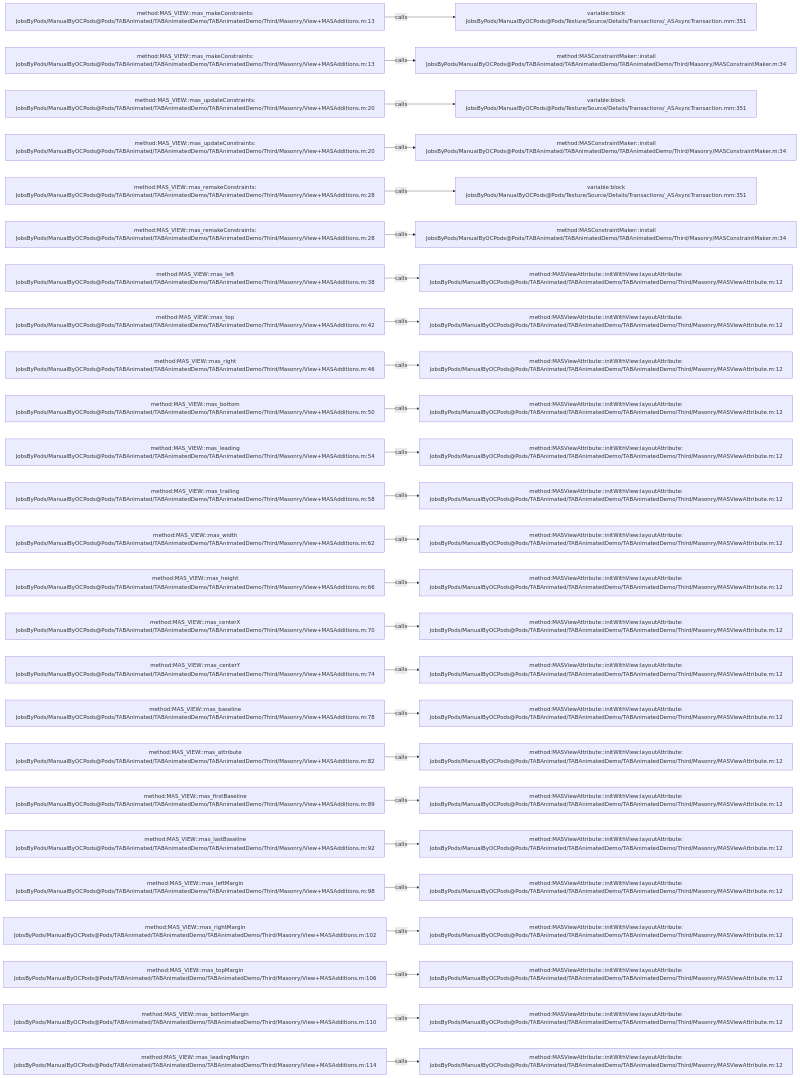
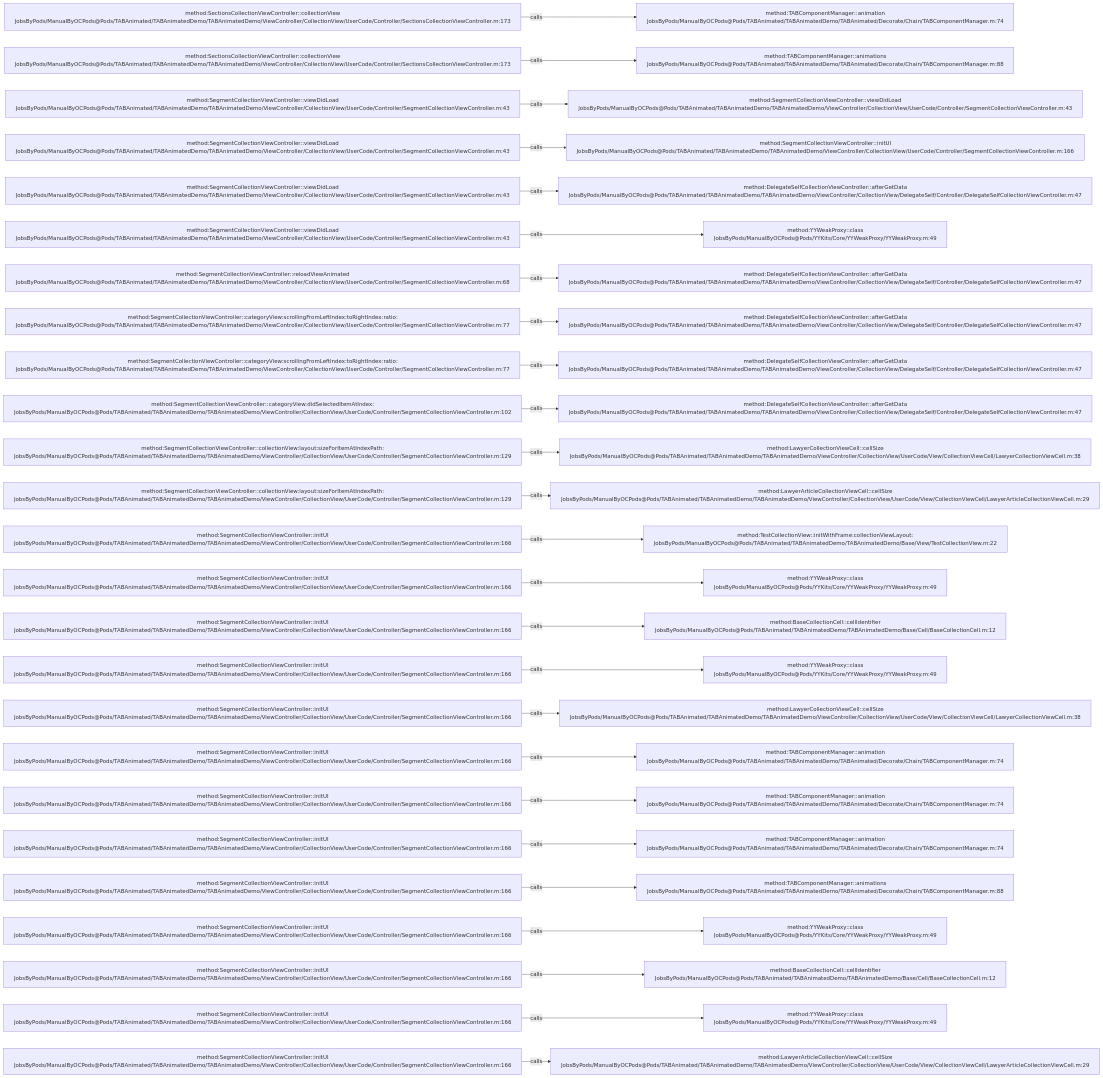
Before and after one commit to JobsKits/JobsOCBaseConfigDemo: the diagram in .codegraph/codegraph.md/graphs/calls-038.md, drawn with Mermaid. The commit also changed 2723 other files, not shown here.

````diff
--- a/.codegraph/codegraph.md/graphs/calls-038.md
+++ b/.codegraph/codegraph.md/graphs/calls-038.md
@@ -13,78 +13,78 @@
 ```mermaid
 flowchart LR
-  S1["method:MAS_VIEW::mas_makeConstraints:<br/>JobsByPods/ManualByOCPods@Pods/TABAnimated/TABAnimatedDemo/TABAnimatedDemo/Third/Masonry/View+MASAdditions.m:13"]
-  T1["variable:block<br/>JobsByPods/ManualByOCPods@Pods/Texture/Source/Details/Transactions/_ASAsyncTransaction.mm:351"]
+  S1["method:SectionsCollectionViewController::collectionView<br/>JobsByPods/ManualByOCPods@Pods/TABAnimated/TABAnimatedDemo/TABAnimatedDemo/ViewController/CollectionView/UserCode/Controller/SectionsCollectionViewController.m:173"]
+  T1["method:TABComponentManager::animation<br/>JobsByPods/ManualByOCPods@Pods/TABAnimated/TABAnimatedDemo/TABAnimated/Decorate/Chain/TABComponentManager.m:74"]
   S1 -->|calls| T1
-  S2["method:MAS_VIEW::mas_makeConstraints:<br/>JobsByPods/ManualByOCPods@Pods/TABAnimated/TABAnimatedDemo/TABAnimatedDemo/Third/Masonry/View+MASAdditions.m:13"]
-  T2["method:MASConstraintMaker::install<br/>JobsByPods/ManualByOCPods@Pods/TABAnimated/TABAnimatedDemo/TABAnimatedDemo/Third/Masonry/MASConstraintMaker.m:34"]
+  S2["method:SectionsCollectionViewController::collectionView<br/>JobsByPods/ManualByOCPods@Pods/TABAnimated/TABAnimatedDemo/TABAnimatedDemo/ViewController/CollectionView/UserCode/Controller/SectionsCollectionViewController.m:173"]
+  T2["method:TABComponentManager::animations<br/>JobsByPods/ManualByOCPods@Pods/TABAnimated/TABAnimatedDemo/TABAnimated/Decorate/Chain/TABComponentManager.m:88"]
   S2 -->|calls| T2
-  S3["method:MAS_VIEW::mas_updateConstraints:<br/>JobsByPods/ManualByOCPods@Pods/TABAnimated/TABAnimatedDemo/TABAnimatedDemo/Third/Masonry/View+MASAdditions.m:20"]
-  T3["variable:block<br/>JobsByPods/ManualByOCPods@Pods/Texture/Source/Details/Transactions/_ASAsyncTransaction.mm:351"]
+  S3["method:SegmentCollectionViewController::viewDidLoad<br/>JobsByPods/ManualByOCPods@Pods/TABAnimated/TABAnimatedDemo/TABAnimatedDemo/ViewController/CollectionView/UserCode/Controller/SegmentCollectionViewController.m:43"]
+  T3["method:SegmentCollectionViewController::viewDidLoad<br/>JobsByPods/ManualByOCPods@Pods/TABAnimated/TABAnimatedDemo/TABAnimatedDemo/ViewController/CollectionView/UserCode/Controller/SegmentCollectionViewController.m:43"]
   S3 -->|calls| T3
-  S4["method:MAS_VIEW::mas_updateConstraints:<br/>JobsByPods/ManualByOCPods@Pods/TABAnimated/TABAnimatedDemo/TABAnimatedDemo/Third/Masonry/View+MASAdditions.m:20"]
-  T4["method:MASConstraintMaker::install<br/>JobsByPods/ManualByOCPods@Pods/TABAnimated/TABAnimatedDemo/TABAnimatedDemo/Third/Masonry/MASConstraintMaker.m:34"]
+  S4["method:SegmentCollectionViewController::viewDidLoad<br/>JobsByPods/ManualByOCPods@Pods/TABAnimated/TABAnimatedDemo/TABAnimatedDemo/ViewController/CollectionView/UserCode/Controller/SegmentCollectionViewController.m:43"]
+  T4["method:SegmentCollectionViewController::initUI<br/>JobsByPods/ManualByOCPods@Pods/TABAnimated/TABAnimatedDemo/TABAnimatedDemo/ViewController/CollectionView/UserCode/Controller/SegmentCollectionViewController.m:166"]
   S4 -->|calls| T4
-  S5["method:MAS_VIEW::mas_remakeConstraints:<br/>JobsByPods/ManualByOCPods@Pods/TABAnimated/TABAnimatedDemo/TABAnimatedDemo/Third/Masonry/View+MASAdditions.m:28"]
-  T5["variable:block<br/>JobsByPods/ManualByOCPods@Pods/Texture/Source/Details/Transactions/_ASAsyncTransaction.mm:351"]
+  S5["method:SegmentCollectionViewController::viewDidLoad<br/>JobsByPods/ManualByOCPods@Pods/TABAnimated/TABAnimatedDemo/TABAnimatedDemo/ViewController/CollectionView/UserCode/Controller/SegmentCollectionViewController.m:43"]
+  T5["method:DelegateSelfCollectionViewController::afterGetData<br/>JobsByPods/ManualByOCPods@Pods/TABAnimated/TABAnimatedDemo/TABAnimatedDemo/ViewController/CollectionView/DelegateSelf/Controller/DelegateSelfCollectionViewController.m:47"]
   S5 -->|calls| T5
-  S6["method:MAS_VIEW::mas_remakeConstraints:<br/>JobsByPods/ManualByOCPods@Pods/TABAnimated/TABAnimatedDemo/TABAnimatedDemo/Third/Masonry/View+MASAdditions.m:28"]
-  T6["method:MASConstraintMaker::install<br/>JobsByPods/ManualByOCPods@Pods/TABAnimated/TABAnimatedDemo/TABAnimatedDemo/Third/Masonry/MASConstraintMaker.m:34"]
+  S6["method:SegmentCollectionViewController::viewDidLoad<br/>JobsByPods/ManualByOCPods@Pods/TABAnimated/TABAnimatedDemo/TABAnimatedDemo/ViewController/CollectionView/UserCode/Controller/SegmentCollectionViewController.m:43"]
+  T6["method:YYWeakProxy::class<br/>JobsByPods/ManualByOCPods@Pods/YYKits/Core/YYWeakProxy/YYWeakProxy.m:49"]
   S6 -->|calls| T6
-  S7["method:MAS_VIEW::mas_left<br/>JobsByPods/ManualByOCPods@Pods/TABAnimated/TABAnimatedDemo/TABAnimatedDemo/Third/Masonry/View+MASAdditions.m:38"]
-  T7["method:MASViewAttribute::initWithView:layoutAttribute:<br/>JobsByPods/ManualByOCPods@Pods/TABAnimated/TABAnimatedDemo/TABAnimatedDemo/Third/Masonry/MASViewAttribute.m:12"]
+  S7["method:SegmentCollectionViewController::reloadViewAnimated<br/>JobsByPods/ManualByOCPods@Pods/TABAnimated/TABAnimatedDemo/TABAnimatedDemo/ViewController/CollectionView/UserCode/Controller/SegmentCollectionViewController.m:68"]
+  T7["method:DelegateSelfCollectionViewController::afterGetData<br/>JobsByPods/ManualByOCPods@Pods/TABAnimated/TABAnimatedDemo/TABAnimatedDemo/ViewController/CollectionView/DelegateSelf/Controller/DelegateSelfCollectionViewController.m:47"]
   S7 -->|calls| T7
-  S8["method:MAS_VIEW::mas_top<br/>JobsByPods/ManualByOCPods@Pods/TABAnimated/TABAnimatedDemo/TABAnimatedDemo/Third/Masonry/View+MASAdditions.m:42"]
-  T8["method:MASViewAttribute::initWithView:layoutAttribute:<br/>JobsByPods/ManualByOCPods@Pods/TABAnimated/TABAnimatedDemo/TABAnimatedDemo/Third/Masonry/MASViewAttribute.m:12"]
+  S8["method:SegmentCollectionViewController::categoryView:scrollingFromLeftIndex:toRightIndex:ratio:<br/>JobsByPods/ManualByOCPods@Pods/TABAnimated/TABAnimatedDemo/TABAnimatedDemo/ViewController/CollectionView/UserCode/Controller/SegmentCollectionViewController.m:77"]
+  T8["method:DelegateSelfCollectionViewController::afterGetData<br/>JobsByPods/ManualByOCPods@Pods/TABAnimated/TABAnimatedDemo/TABAnimatedDemo/ViewController/CollectionView/DelegateSelf/Controller/DelegateSelfCollectionViewController.m:47"]
   S8 -->|calls| T8
-  S9["method:MAS_VIEW::mas_right<br/>JobsByPods/ManualByOCPods@Pods/TABAnimated/TABAnimatedDemo/TABAnimatedDemo/Third/Masonry/View+MASAdditions.m:46"]
-  T9["method:MASViewAttribute::initWithView:layoutAttribute:<br/>JobsByPods/ManualByOCPods@Pods/TABAnimated/TABAnimatedDemo/TABAnimatedDemo/Third/Masonry/MASViewAttribute.m:12"]
+  S9["method:SegmentCollectionViewController::categoryView:scrollingFromLeftIndex:toRightIndex:ratio:<br/>JobsByPods/ManualByOCPods@Pods/TABAnimated/TABAnimatedDemo/TABAnimatedDemo/ViewController/CollectionView/UserCode/Controller/SegmentCollectionViewController.m:77"]
+  T9["method:DelegateSelfCollectionViewController::afterGetData<br/>JobsByPods/ManualByOCPods@Pods/TABAnimated/TABAnimatedDemo/TABAnimatedDemo/ViewController/CollectionView/DelegateSelf/Controller/DelegateSelfCollectionViewController.m:47"]
   S9 -->|calls| T9
-  S10["method:MAS_VIEW::mas_bottom<br/>JobsByPods/ManualByOCPods@Pods/TABAnimated/TABAnimatedDemo/TABAnimatedDemo/Third/Masonry/View+MASAdditions.m:50"]
-  T10["method:MASViewAttribute::initWithView:layoutAttribute:<br/>JobsByPods/ManualByOCPods@Pods/TABAnimated/TABAnimatedDemo/TABAnimatedDemo/Third/Masonry/MASViewAttribute.m:12"]
+  S10["method:SegmentCollectionViewController::categoryView:didSelectedItemAtIndex:<br/>JobsByPods/ManualByOCPods@Pods/TABAnimated/TABAnimatedDemo/TABAnimatedDemo/ViewController/CollectionView/UserCode/Controller/SegmentCollectionViewController.m:102"]
+  T10["method:DelegateSelfCollectionViewController::afterGetData<br/>JobsByPods/ManualByOCPods@Pods/TABAnimated/TABAnimatedDemo/TABAnimatedDemo/ViewController/CollectionView/DelegateSelf/Controller/DelegateSelfCollectionViewController.m:47"]
   S10 -->|calls| T10
-  S11["method:MAS_VIEW::mas_leading<br/>JobsByPods/ManualByOCPods@Pods/TABAnimated/TABAnimatedDemo/TABAnimatedDemo/Third/Masonry/View+MASAdditions.m:54"]
-  T11["method:MASViewAttribute::initWithView:layoutAttribute:<br/>JobsByPods/ManualByOCPods@Pods/TABAnimated/TABAnimatedDemo/TABAnimatedDemo/Third/Masonry/MASViewAttribute.m:12"]
+  S11["method:SegmentCollectionViewController::collectionView:layout:sizeForItemAtIndexPath:<br/>JobsByPods/ManualByOCPods@Pods/TABAnimated/TABAnimatedDemo/TABAnimatedDemo/ViewController/CollectionView/UserCode/Controller/SegmentCollectionViewController.m:129"]
+  T11["method:LawyerCollectionViewCell::cellSize<br/>JobsByPods/ManualByOCPods@Pods/TABAnimated/TABAnimatedDemo/TABAnimatedDemo/ViewController/CollectionView/UserCode/View/CollectionViewCell/LawyerCollectionViewCell.m:38"]
   S11 -->|calls| T11
-  S12["method:MAS_VIEW::mas_trailing<br/>JobsByPods/ManualByOCPods@Pods/TABAnimated/TABAnimatedDemo/TABAnimatedDemo/Third/Masonry/View+MASAdditions.m:58"]
-  T12["method:MASViewAttribute::initWithView:layoutAttribute:<br/>JobsByPods/ManualByOCPods@Pods/TABAnimated/TABAnimatedDemo/TABAnimatedDemo/Third/Masonry/MASViewAttribute.m:12"]
+  S12["method:SegmentCollectionViewController::collectionView:layout:sizeForItemAtIndexPath:<br/>JobsByPods/ManualByOCPods@Pods/TABAnimated/TABAnimatedDemo/TABAnimatedDemo/ViewController/CollectionView/UserCode/Controller/SegmentCollectionViewController.m:129"]
+  T12["method:LawyerArticleCollectionViewCell::cellSize<br/>JobsByPods/ManualByOCPods@Pods/TABAnimated/TABAnimatedDemo/TABAnimatedDemo/ViewController/CollectionView/UserCode/View/CollectionViewCell/LawyerArticleCollectionViewCell.m:29"]
   S12 -->|calls| T12
-  S13["method:MAS_VIEW::mas_width<br/>JobsByPods/ManualByOCPods@Pods/TABAnimated/TABAnimatedDemo/TABAnimatedDemo/Third/Masonry/View+MASAdditions.m:62"]
-  T13["method:MASViewAttribute::initWithView:layoutAttribute:<br/>JobsByPods/ManualByOCPods@Pods/TABAnimated/TABAnimatedDemo/TABAnimatedDemo/Third/Masonry/MASViewAttribute.m:12"]
+  S13["method:SegmentCollectionViewController::initUI<br/>JobsByPods/ManualByOCPods@Pods/TABAnimated/TABAnimatedDemo/TABAnimatedDemo/ViewController/CollectionView/UserCode/Controller/SegmentCollectionViewController.m:166"]
+  T13["method:TestCollectionView::initWithFrame:collectionViewLayout:<br/>JobsByPods/ManualByOCPods@Pods/TABAnimated/TABAnimatedDemo/TABAnimatedDemo/Base/View/TestCollectionView.m:22"]
   S13 -->|calls| T13
-  S14["method:MAS_VIEW::mas_height<br/>JobsByPods/ManualByOCPods@Pods/TABAnimated/TABAnimatedDemo/TABAnimatedDemo/Third/Masonry/View+MASAdditions.m:66"]
-  T14["method:MASViewAttribute::initWithView:layoutAttribute:<br/>JobsByPods/ManualByOCPods@Pods/TABAnimated/TABAnimatedDemo/TABAnimatedDemo/Third/Masonry/MASViewAttribute.m:12"]
+  S14["method:SegmentCollectionViewController::initUI<br/>JobsByPods/ManualByOCPods@Pods/TABAnimated/TABAnimatedDemo/TABAnimatedDemo/ViewController/CollectionView/UserCode/Controller/SegmentCollectionViewController.m:166"]
+  T14["method:YYWeakProxy::class<br/>JobsByPods/ManualByOCPods@Pods/YYKits/Core/YYWeakProxy/YYWeakProxy.m:49"]
   S14 -->|calls| T14
-  S15["method:MAS_VIEW::mas_centerX<br/>JobsByPods/ManualByOCPods@Pods/TABAnimated/TABAnimatedDemo/TABAnimatedDemo/Third/Masonry/View+MASAdditions.m:70"]
-  T15["method:MASViewAttribute::initWithView:layoutAttribute:<br/>JobsByPods/ManualByOCPods@Pods/TABAnimated/TABAnimatedDemo/TABAnimatedDemo/Third/Masonry/MASViewAttribute.m:12"]
+  S15["method:SegmentCollectionViewController::initUI<br/>JobsByPods/ManualByOCPods@Pods/TABAnimated/TABAnimatedDemo/TABAnimatedDemo/ViewController/CollectionView/UserCode/Controller/SegmentCollectionViewController.m:166"]
+  T15["method:BaseCollectionCell::cellIdentifier<br/>JobsByPods/ManualByOCPods@Pods/TABAnimated/TABAnimatedDemo/TABAnimatedDemo/Base/Cell/BaseCollectionCell.m:12"]
   S15 -->|calls| T15
-  S16["method:MAS_VIEW::mas_centerY<br/>JobsByPods/ManualByOCPods@Pods/TABAnimated/TABAnimatedDemo/TABAnimatedDemo/Third/Masonry/View+MASAdditions.m:74"]
-  T16["method:MASViewAttribute::initWithView:layoutAttribute:<br/>JobsByPods/ManualByOCPods@Pods/TABAnimated/TABAnimatedDemo/TABAnimatedDemo/Third/Masonry/MASViewAttribute.m:12"]
+  S16["method:SegmentCollectionViewController::initUI<br/>JobsByPods/ManualByOCPods@Pods/TABAnimated/TABAnimatedDemo/TABAnimatedDemo/ViewController/CollectionView/UserCode/Controller/SegmentCollectionViewController.m:166"]
+  T16["method:YYWeakProxy::class<br/>JobsByPods/ManualByOCPods@Pods/YYKits/Core/YYWeakProxy/YYWeakProxy.m:49"]
   S16 -->|calls| T16
-  S17["method:MAS_VIEW::mas_baseline<br/>JobsByPods/ManualByOCPods@Pods/TABAnimated/TABAnimatedDemo/TABAnimatedDemo/Third/Masonry/View+MASAdditions.m:78"]
-  T17["method:MASViewAttribute::initWithView:layoutAttribute:<br/>JobsByPods/ManualByOCPods@Pods/TABAnimated/TABAnimatedDemo/TABAnimatedDemo/Third/Masonry/MASViewAttribute.m:12"]
+  S17["method:SegmentCollectionViewController::initUI<br/>JobsByPods/ManualByOCPods@Pods/TABAnimated/TABAnimatedDemo/TABAnimatedDemo/ViewController/CollectionView/UserCode/Controller/SegmentCollectionViewController.m:166"]
+  T17["method:LawyerCollectionViewCell::cellSize<br/>JobsByPods/ManualByOCPods@Pods/TABAnimated/TABAnimatedDemo/TABAnimatedDemo/ViewController/CollectionView/UserCode/View/CollectionViewCell/LawyerCollectionViewCell.m:38"]
   S17 -->|calls| T17
-  S18["method:MAS_VIEW::mas_attribute<br/>JobsByPods/ManualByOCPods@Pods/TABAnimated/TABAnimatedDemo/TABAnimatedDemo/Third/Masonry/View+MASAdditions.m:82"]
-  T18["method:MASViewAttribute::initWithView:layoutAttribute:<br/>JobsByPods/ManualByOCPods@Pods/TABAnimated/TABAnimatedDemo/TABAnimatedDemo/Third/Masonry/MASViewAttribute.m:12"]
+  S18["method:SegmentCollectionViewController::initUI<br/>JobsByPods/ManualByOCPods@Pods/TABAnimated/TABAnimatedDemo/TABAnimatedDemo/ViewController/CollectionView/UserCode/Controller/SegmentCollectionViewController.m:166"]
+  T18["method:TABComponentManager::animation<br/>JobsByPods/ManualByOCPods@Pods/TABAnimated/TABAnimatedDemo/TABAnimated/Decorate/Chain/TABComponentManager.m:74"]
   S18 -->|calls| T18
-  S19["method:MAS_VIEW::mas_firstBaseline<br/>JobsByPods/ManualByOCPods@Pods/TABAnimated/TABAnimatedDemo/TABAnimatedDemo/Third/Masonry/View+MASAdditions.m:89"]
-  T19["method:MASViewAttribute::initWithView:layoutAttribute:<br/>JobsByPods/ManualByOCPods@Pods/TABAnimated/TABAnimatedDemo/TABAnimatedDemo/Third/Masonry/MASViewAttribute.m:12"]
+  S19["method:SegmentCollectionViewController::initUI<br/>JobsByPods/ManualByOCPods@Pods/TABAnimated/TABAnimatedDemo/TABAnimatedDemo/ViewController/CollectionView/UserCode/Controller/SegmentCollectionViewController.m:166"]
+  T19["method:TABComponentManager::animation<br/>JobsByPods/ManualByOCPods@Pods/TABAnimated/TABAnimatedDemo/TABAnimated/Decorate/Chain/TABComponentManager.m:74"]
   S19 -->|calls| T19
-  S20["method:MAS_VIEW::mas_lastBaseline<br/>JobsByPods/ManualByOCPods@Pods/TABAnimated/TABAnimatedDemo/TABAnimatedDemo/Third/Masonry/View+MASAdditions.m:92"]
-  T20["method:MASViewAttribute::initWithView:layoutAttribute:<br/>JobsByPods/ManualByOCPods@Pods/TABAnimated/TABAnimatedDemo/TABAnimatedDemo/Third/Masonry/MASViewAttribute.m:12"]
+  S20["method:SegmentCollectionViewController::initUI<br/>JobsByPods/ManualByOCPods@Pods/TABAnimated/TABAnimatedDemo/TABAnimatedDemo/ViewController/CollectionView/UserCode/Controller/SegmentCollectionViewController.m:166"]
+  T20["method:TABComponentManager::animation<br/>JobsByPods/ManualByOCPods@Pods/TABAnimated/TABAnimatedDemo/TABAnimated/Decorate/Chain/TABComponentManager.m:74"]
   S20 -->|calls| T20
-  S21["method:MAS_VIEW::mas_leftMargin<br/>JobsByPods/ManualByOCPods@Pods/TABAnimated/TABAnimatedDemo/TABAnimatedDemo/Third/Masonry/View+MASAdditions.m:98"]
-  T21["method:MASViewAttribute::initWithView:layoutAttribute:<br/>JobsByPods/ManualByOCPods@Pods/TABAnimated/TABAnimatedDemo/TABAnimatedDemo/Third/Masonry/MASViewAttribute.m:12"]
+  S21["method:SegmentCollectionViewController::initUI<br/>JobsByPods/ManualByOCPods@Pods/TABAnimated/TABAnimatedDemo/TABAnimatedDemo/ViewController/CollectionView/UserCode/Controller/SegmentCollectionViewController.m:166"]
+  T21["method:TABComponentManager::animations<br/>JobsByPods/ManualByOCPods@Pods/TABAnimated/TABAnimatedDemo/TABAnimated/Decorate/Chain/TABComponentManager.m:88"]
   S21 -->|calls| T21
-  S22["method:MAS_VIEW::mas_rightMargin<br/>JobsByPods/ManualByOCPods@Pods/TABAnimated/TABAnimatedDemo/TABAnimatedDemo/Third/Masonry/View+MASAdditions.m:102"]
-  T22["method:MASViewAttribute::initWithView:layoutAttribute:<br/>JobsByPods/ManualByOCPods@Pods/TABAnimated/TABAnimatedDemo/TABAnimatedDemo/Third/Masonry/MASViewAttribute.m:12"]
+  S22["method:SegmentCollectionViewController::initUI<br/>JobsByPods/ManualByOCPods@Pods/TABAnimated/TABAnimatedDemo/TABAnimatedDemo/ViewController/CollectionView/UserCode/Controller/SegmentCollectionViewController.m:166"]
+  T22["method:YYWeakProxy::class<br/>JobsByPods/ManualByOCPods@Pods/YYKits/Core/YYWeakProxy/YYWeakProxy.m:49"]
   S22 -->|calls| T22
-  S23["method:MAS_VIEW::mas_topMargin<br/>JobsByPods/ManualByOCPods@Pods/TABAnimated/TABAnimatedDemo/TABAnimatedDemo/Third/Masonry/View+MASAdditions.m:106"]
-  T23["method:MASViewAttribute::initWithView:layoutAttribute:<br/>JobsByPods/ManualByOCPods@Pods/TABAnimated/TABAnimatedDemo/TABAnimatedDemo/Third/Masonry/MASViewAttribute.m:12"]
+  S23["method:SegmentCollectionViewController::initUI<br/>JobsByPods/ManualByOCPods@Pods/TABAnimated/TABAnimatedDemo/TABAnimatedDemo/ViewController/CollectionView/UserCode/Controller/SegmentCollectionViewController.m:166"]
+  T23["method:BaseCollectionCell::cellIdentifier<br/>JobsByPods/ManualByOCPods@Pods/TABAnimated/TABAnimatedDemo/TABAnimatedDemo/Base/Cell/BaseCollectionCell.m:12"]
   S23 -->|calls| T23
-  S24["method:MAS_VIEW::mas_bottomMargin<br/>JobsByPods/ManualByOCPods@Pods/TABAnimated/TABAnimatedDemo/TABAnimatedDemo/Third/Masonry/View+MASAdditions.m:110"]
-  T24["method:MASViewAttribute::initWithView:layoutAttribute:<br/>JobsByPods/ManualByOCPods@Pods/TABAnimated/TABAnimatedDemo/TABAnimatedDemo/Third/Masonry/MASViewAttribute.m:12"]
+  S24["method:SegmentCollectionViewController::initUI<br/>JobsByPods/ManualByOCPods@Pods/TABAnimated/TABAnimatedDemo/TABAnimatedDemo/ViewController/CollectionView/UserCode/Controller/SegmentCollectionViewController.m:166"]
+  T24["method:YYWeakProxy::class<br/>JobsByPods/ManualByOCPods@Pods/YYKits/Core/YYWeakProxy/YYWeakProxy.m:49"]
   S24 -->|calls| T24
-  S25["method:MAS_VIEW::mas_leadingMargin<br/>JobsByPods/ManualByOCPods@Pods/TABAnimated/TABAnimatedDemo/TABAnimatedDemo/Third/Masonry/View+MASAdditions.m:114"]
-  T25["method:MASViewAttribute::initWithView:layoutAttribute:<br/>JobsByPods/ManualByOCPods@Pods/TABAnimated/TABAnimatedDemo/TABAnimatedDemo/Third/Masonry/MASViewAttribute.m:12"]
+  S25["method:SegmentCollectionViewController::initUI<br/>JobsByPods/ManualByOCPods@Pods/TABAnimated/TABAnimatedDemo/TABAnimatedDemo/ViewController/CollectionView/UserCode/Controller/SegmentCollectionViewController.m:166"]
+  T25["method:LawyerArticleCollectionViewCell::cellSize<br/>JobsByPods/ManualByOCPods@Pods/TABAnimated/TABAnimatedDemo/TABAnimatedDemo/ViewController/CollectionView/UserCode/View/CollectionViewCell/LawyerArticleCollectionViewCell.m:29"]
   S25 -->|calls| T25
 ```
````
